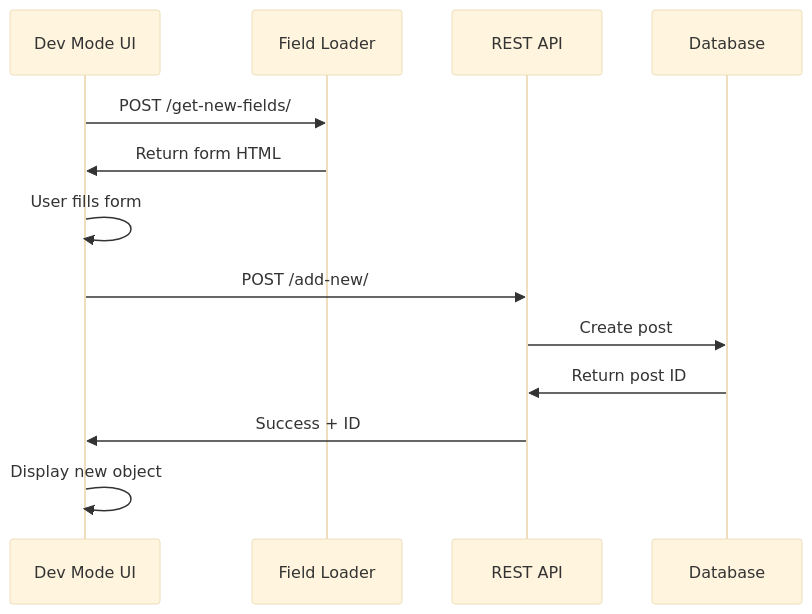
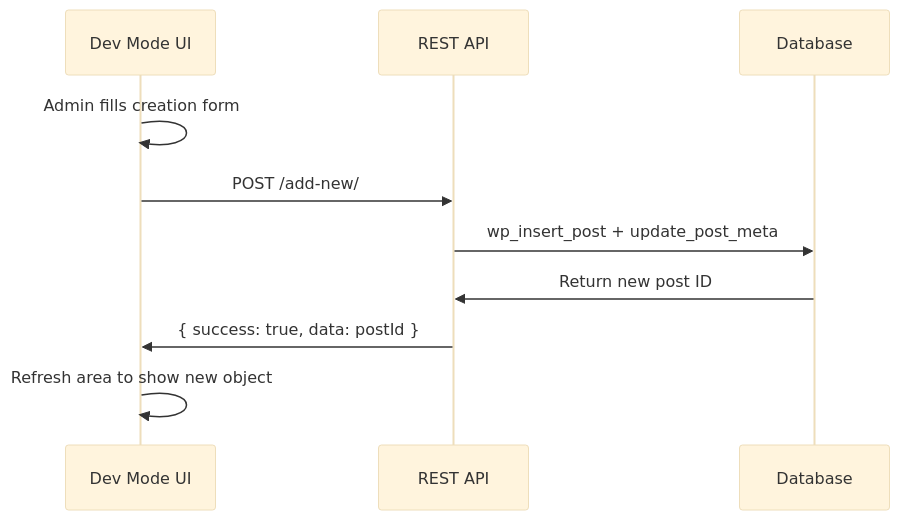
Before and after one commit to storebloom/orbem-studio: the second of 2 diagrams in docs/api/devmode-endpoints.md, drawn with Mermaid (base theme). The commit also changed other lines of this file and 19 other files, not shown here.

````diff
--- a/docs/api/devmode-endpoints.md
+++ b/docs/api/devmode-endpoints.md
@@ -246,16 +175,13 @@
 ```mermaid
 sequenceDiagram
     participant UI as Dev Mode UI
-    participant Fields as Field Loader
     participant API as REST API
     participant DB as Database
-    
-    UI->>Fields: POST /get-new-fields/
-    Fields->>UI: Return form HTML
-    UI->>UI: User fills form
+
+    UI->>UI: Admin fills creation form
     UI->>API: POST /add-new/
-    API->>DB: Create post
-    DB->>API: Return post ID
-    API->>UI: Success + ID
-    UI->>UI: Display new object
+    API->>DB: wp_insert_post + update_post_meta
+    DB->>API: Return new post ID
+    API->>UI: { success: true, data: postId }
+    UI->>UI: Refresh area to show new object
 ```
````
